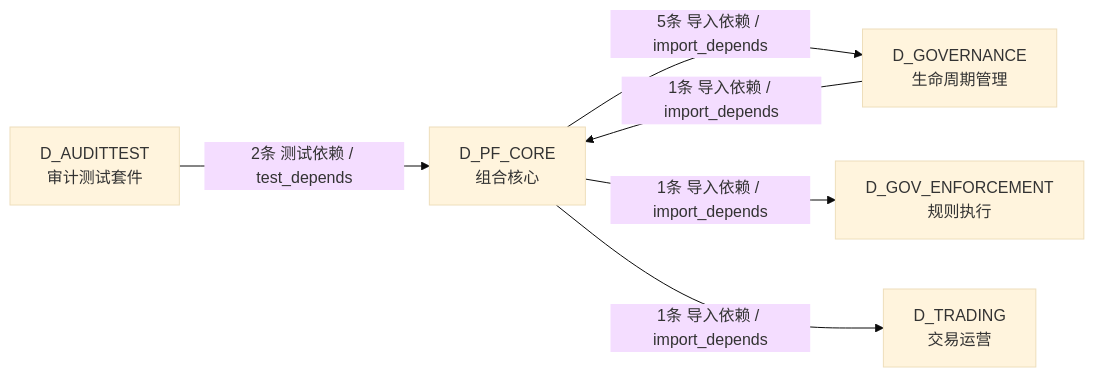
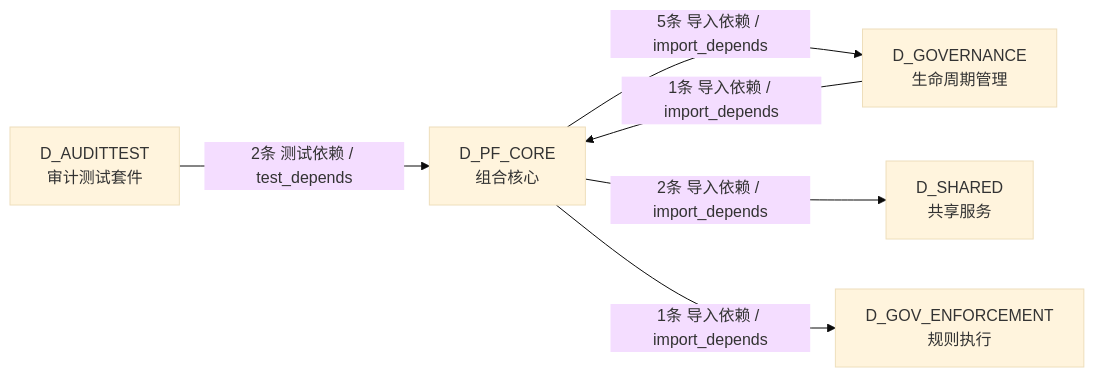
Before and after one commit to xuanFelixVan/ZephyrAlpha: the fourth of 4 diagrams in docs/02_enterprise_architecture/02_domain_architecture_docs/44_d_pf_core.md, drawn with Mermaid (base theme). The commit also changed other lines of this file and 99 other files, not shown here.

````diff
--- a/docs/02_enterprise_architecture/02_domain_architecture_docs/44_d_pf_core.md
+++ b/docs/02_enterprise_architecture/02_domain_architecture_docs/44_d_pf_core.md
@@ -206,13 +207,13 @@
 ```mermaid
 graph LR
     D_PF_CORE["D_PF_CORE<br/>组合核心"]
     D_GOVERNANCE["D_GOVERNANCE<br/>生命周期管理"]
+    D_SHARED["D_SHARED<br/>共享服务"]
     D_GOV_ENFORCEMENT["D_GOV_ENFORCEMENT<br/>规则执行"]
-    D_TRADING["D_TRADING<br/>交易运营"]
     D_AUDITTEST["D_AUDITTEST<br/>审计测试套件"]
     D_PF_CORE -->|5条 导入依赖 / import_depends| D_GOVERNANCE
+    D_PF_CORE -->|2条 导入依赖 / import_depends| D_SHARED
     D_PF_CORE -->|1条 导入依赖 / import_depends| D_GOV_ENFORCEMENT
-    D_PF_CORE -->|1条 导入依赖 / import_depends| D_TRADING
     D_AUDITTEST -->|2条 测试依赖 / test_depends| D_PF_CORE
     D_GOVERNANCE -->|1条 导入依赖 / import_depends| D_PF_CORE
 ```
````
